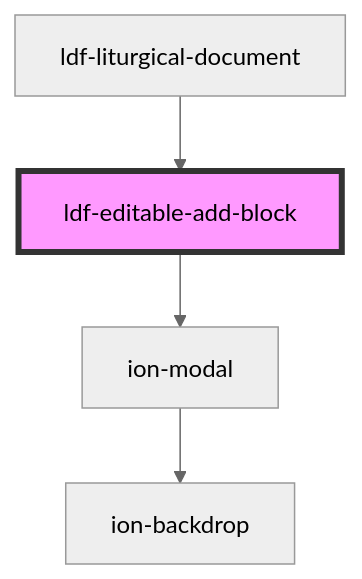
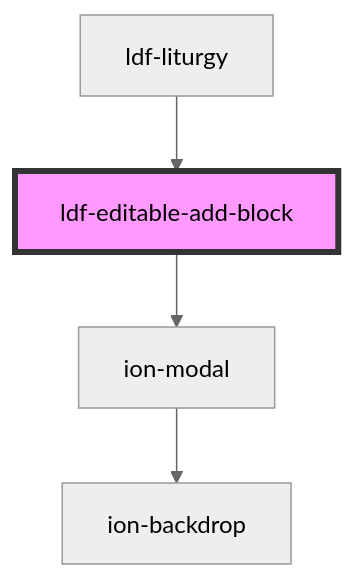
The diagram in components/src/components/editable-add-block/readme.md (gbj/venite), drawn with Mermaid (neutral theme) before and after one commit. The commit also changed other lines of this file and 46 other files, not shown here.

````diff
--- a/components/src/components/editable-add-block/readme.md
+++ b/components/src/components/editable-add-block/readme.md
@@ -34,7 +34,7 @@
 ```mermaid
 graph TD;
   ldf-editable-add-block --> ion-modal
   ion-modal --> ion-backdrop
-  ldf-liturgical-document --> ldf-editable-add-block
+  ldf-liturgy --> ldf-editable-add-block
   style ldf-editable-add-block fill:#f9f,stroke:#333,stroke-width:4px
 ```
````
